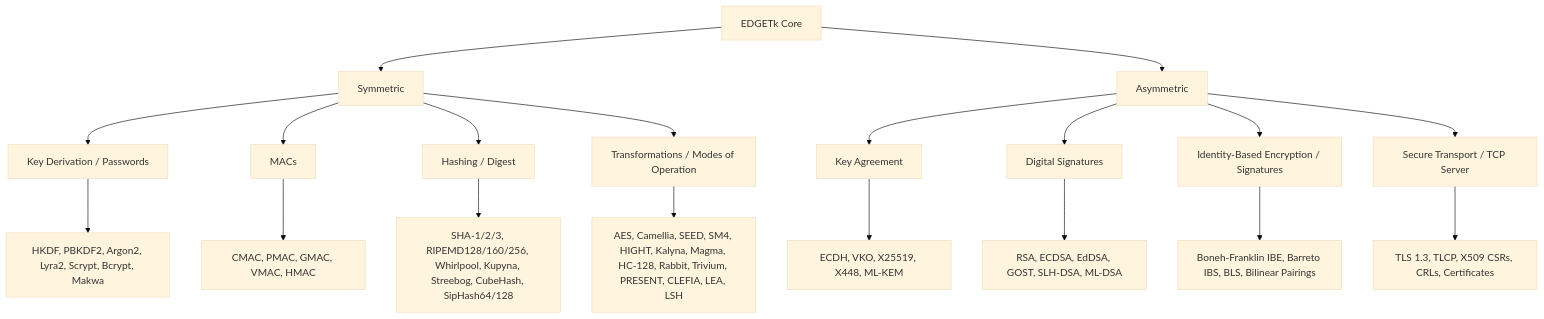
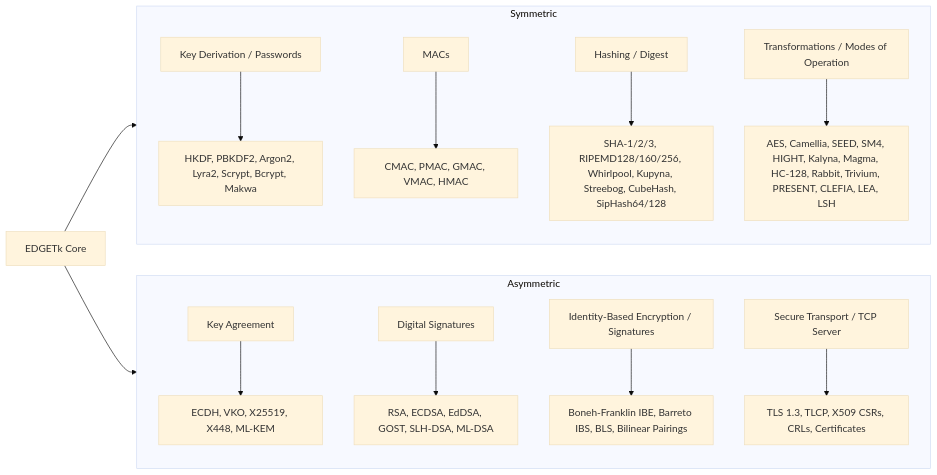
The first of 3 diagrams in README.md (pedroalbanese/edgetk), drawn with Mermaid (base theme) before and after one commit. The commit also changed other lines of this file, not shown here.

Commit message:
EDGETk Architecture

````diff
--- a/README.md
+++ b/README.md
@@ -207,33 +208,36 @@
 ```mermaid
-%% EDGETk Architecture
-graph TD
+%% EDGETk Architecture - Core on the left, Symmetric above Asymmetric
+graph LR
     A[EDGETk Core]
 
-    %% Intermediate subfields
-    A --> Sym[Symmetric]
-    A --> Asym[Asymmetric]
+    %% Subgraphs for vertical stacking
+    subgraph SymmetricModules[Symmetric]
+        direction TB
+        B[Key Derivation / Passwords]
+        C[MACs]
+        D[Hashing / Digest]
+        E[Transformations / Modes of Operation]
 
-    %% Symmetric modules
-    Sym --> B[Key Derivation / Passwords]
-    Sym --> C[MACs]
-    Sym --> D[Hashing / Digest]
-    Sym --> E[Transformations / Modes of Operation]
+        B --> B1[HKDF, PBKDF2, Argon2, Lyra2, Scrypt, Bcrypt, Makwa]
+        C --> C1[CMAC, PMAC, GMAC, VMAC, HMAC]
+        D --> D1[SHA-1/2/3, RIPEMD128/160/256, Whirlpool, Kupyna, Streebog, CubeHash, SipHash64/128]
+        E --> E1[AES, Camellia, SEED, SM4, HIGHT, Kalyna, Magma, HC-128, Rabbit, Trivium, PRESENT, CLEFIA, LEA, LSH]
+    end
 
-    %% Symmetric sub-modules / algorithms
-    B --> B1[HKDF, PBKDF2, Argon2, Lyra2, Scrypt, Bcrypt, Makwa]
-    C --> C1[CMAC, PMAC, GMAC, VMAC, HMAC]
-    D --> D1[SHA-1/2/3, RIPEMD128/160/256, Whirlpool, Kupyna, Streebog, CubeHash, SipHash64/128]
-    E --> E1[AES, Camellia, SEED, SM4, HIGHT, Kalyna, Magma, HC-128, Rabbit, Trivium, PRESENT, CLEFIA, LEA, LSH]
+    subgraph AsymmetricModules[Asymmetric]
+        direction TB
+        F[Key Agreement]
+        G[Digital Signatures]
+        H[Identity-Based Encryption / Signatures]
+        I[Secure Transport / TCP Server]
 
-    %% Asymmetric modules
-    Asym --> F[Key Agreement]
-    Asym --> G[Digital Signatures]
-    Asym --> H[Identity-Based Encryption / Signatures]
-    Asym --> I[Secure Transport / TCP Server]
+        F --> F1[ECDH, VKO, X25519, X448, ML-KEM]
+        G --> G1[RSA, ECDSA, EdDSA, GOST, SLH-DSA, ML-DSA]
+        H --> H1[Boneh-Franklin IBE, Barreto IBS, BLS, Bilinear Pairings]
+        I --> I1[TLS 1.3, TLCP, X509 CSRs, CRLs, Certificates]
+    end
 
-    %% Asymmetric sub-modules / algorithms
-    F --> F1[ECDH, VKO, X25519, X448, ML-KEM]
-    G --> G1[RSA, ECDSA, EdDSA, GOST, SLH-DSA, ML-DSA]
-    H --> H1[Boneh-Franklin IBE, Barreto IBS, BLS, Bilinear Pairings]
-    I --> I1[TLS 1.3, TLCP, X509 CSRs, CRLs, Certificates]
+    %% Connect Core to top-level Symmetric and Asymmetric
+    A --> SymmetricModules
+    A --> AsymmetricModules
 ```
````
